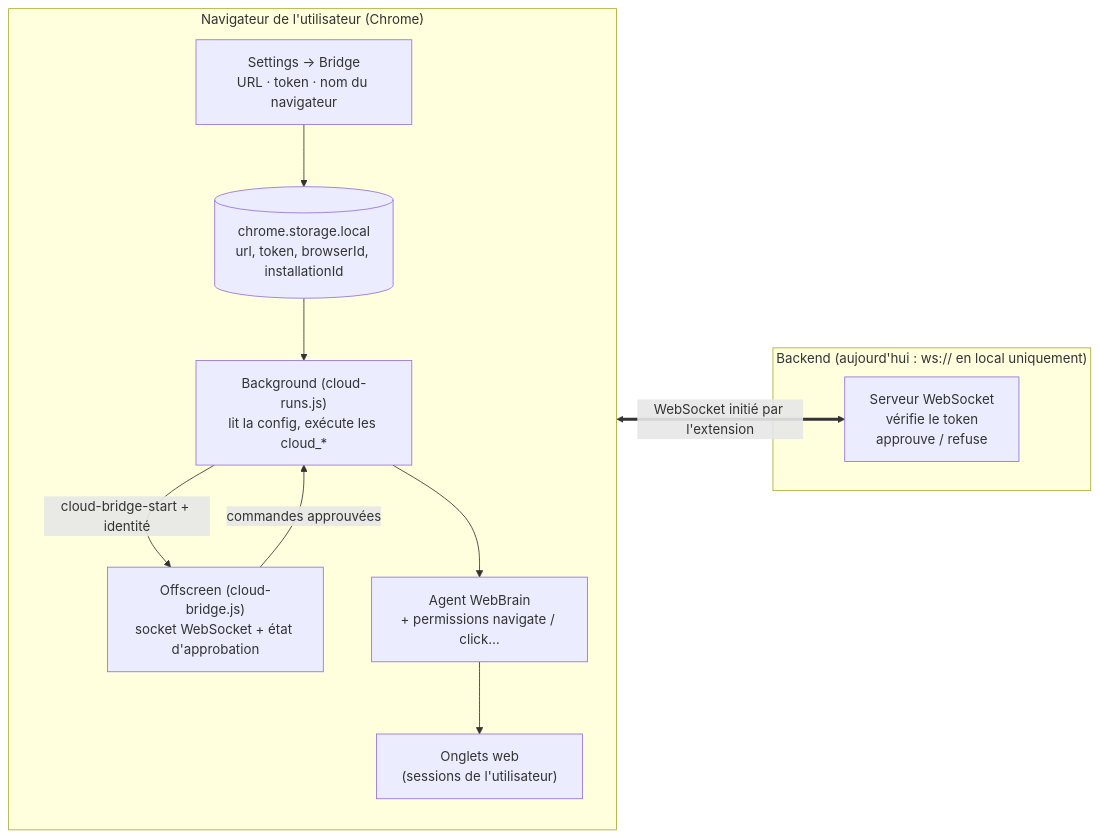
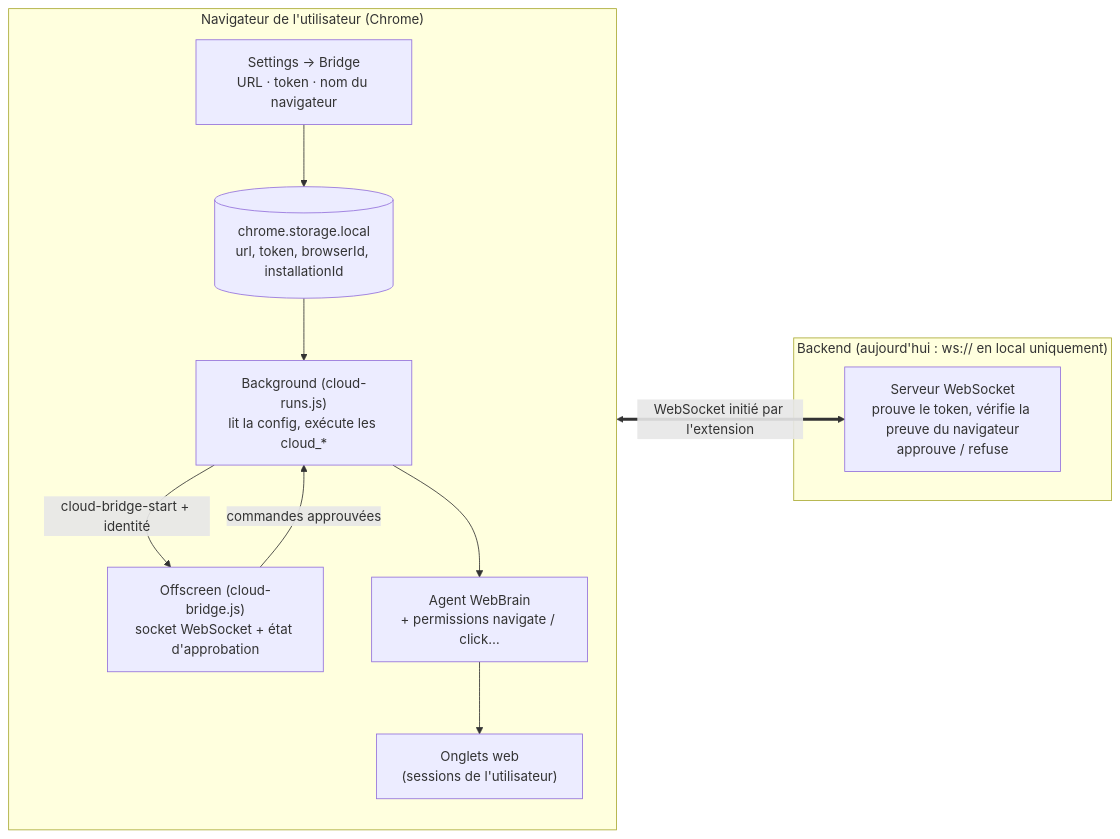
One commit to 16Miku/webbrain changed the first of 2 diagrams in docs/cloud-bridge-test-guide.fr.md. Above: the diagram before and after it, drawn with Mermaid. The commit also changed other lines of this file and 11 other files, not shown here.

````diff
--- a/docs/cloud-bridge-test-guide.fr.md
+++ b/docs/cloud-bridge-test-guide.fr.md
@@ -9,20 +9,20 @@
 ```mermaid
 flowchart LR
   subgraph Browser["Navigateur de l'utilisateur (Chrome)"]
     direction TB
     S["Settings → Bridge<br/>URL · token · nom du navigateur"]
     ST[("chrome.storage.local<br/>url, token, browserId, installationId")]
     BG["Background (cloud-runs.js)<br/>lit la config, exécute les cloud_*"]
     OFF["Offscreen (cloud-bridge.js)<br/>socket WebSocket + état d'approbation"]
     AG["Agent WebBrain<br/>+ permissions navigate / click…"]
     TAB["Onglets web<br/>(sessions de l'utilisateur)"]
     S --> ST --> BG
     BG -- "cloud-bridge-start + identité" --> OFF
     OFF -- "commandes approuvées" --> BG
     BG --> AG --> TAB
   end
   subgraph Backend["Backend (aujourd'hui : ws:// en local uniquement)"]
-    SRV["Serveur WebSocket<br/>vérifie le token<br/>approuve / refuse"]
+    SRV["Serveur WebSocket<br/>prouve le token, vérifie la preuve du navigateur<br/>approuve / refuse"]
   end
   OFF <== "WebSocket initié par l'extension" ==> SRV
 ```
````
